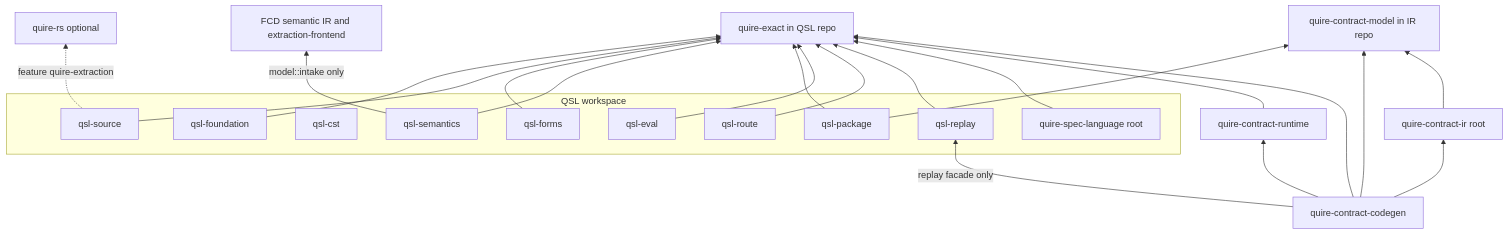
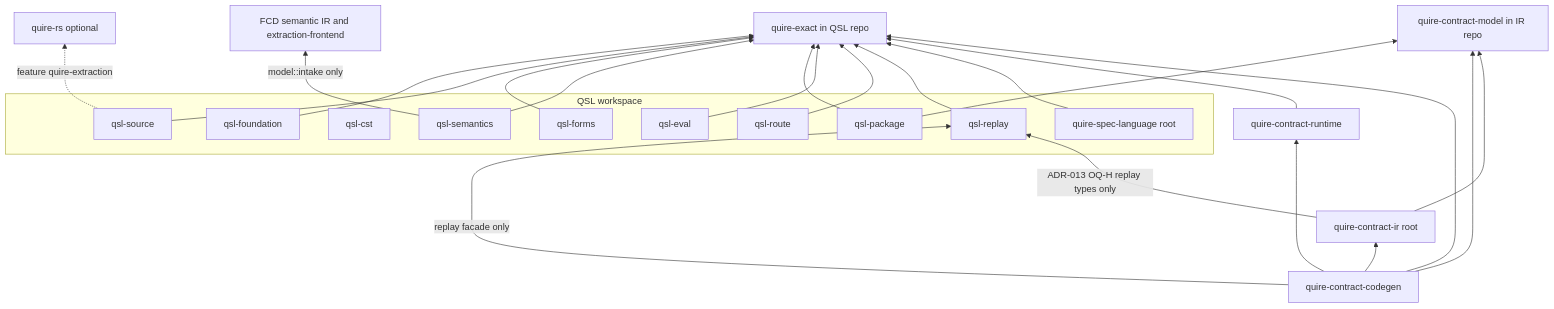
One commit to agent-ix/quire-spec-language changed the second of 2 diagrams in spec/decisions/ADR-011-stage-dag-and-dependency-architecture.md. Above: the diagram before and after it, drawn with Mermaid. The commit also changed other lines of this file and 1 other file, not shown here.

First line of the commit message:
QSL-323: amend ADR-011 FB-05/OBS-029/T-12 for qsl-replay ownership (OQ-H)

````diff
--- a/spec/decisions/ADR-011-stage-dag-and-dependency-architecture.md
+++ b/spec/decisions/ADR-011-stage-dag-and-dependency-architecture.md
@@ -905,33 +905,34 @@
 ```mermaid
 flowchart BT
   QX[quire-exact in QSL repo]
   subgraph QSLW[QSL workspace]
     QSL[quire-spec-language root]
     QFO[qsl-foundation]
     QCS[qsl-cst]
     QSO[qsl-source]
     QFM[qsl-forms]
     QSE[qsl-semantics]
     QPK[qsl-package]
     QEV[qsl-eval]
     QRO[qsl-route]
     QRP[qsl-replay]
   end
   CM[quire-contract-model in IR repo]
   IR[quire-contract-ir root]
   RT[quire-contract-runtime]
   CG[quire-contract-codegen]
   FCD[FCD semantic IR and extraction-frontend]
   QRS[quire-rs optional]
   QFO & QSO & QFM & QSE & QPK & QEV & QRO & QRP & QSL --> QX
   QPK --> CM
   QSE -->|model::intake only| FCD
   QSO -.->|feature quire-extraction| QRS
   RT --> QX
   CG --> QX
   CG --> CM
   CG --> IR
   CG --> RT
   CG -->|replay facade only| QRP
+  IR -->|ADR-013 OQ-H replay types only| QRP
   IR --> CM
 ```
````
